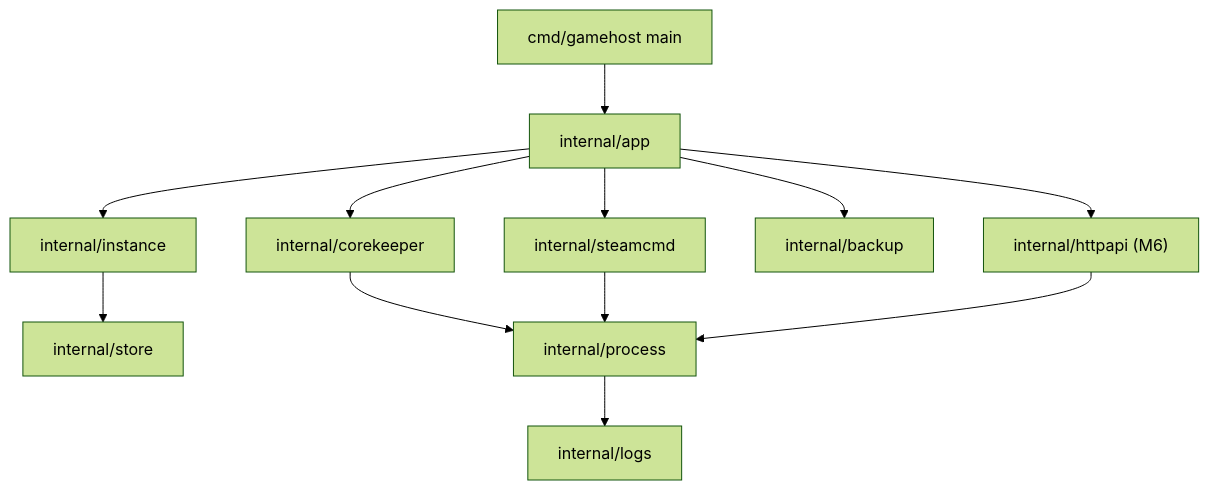
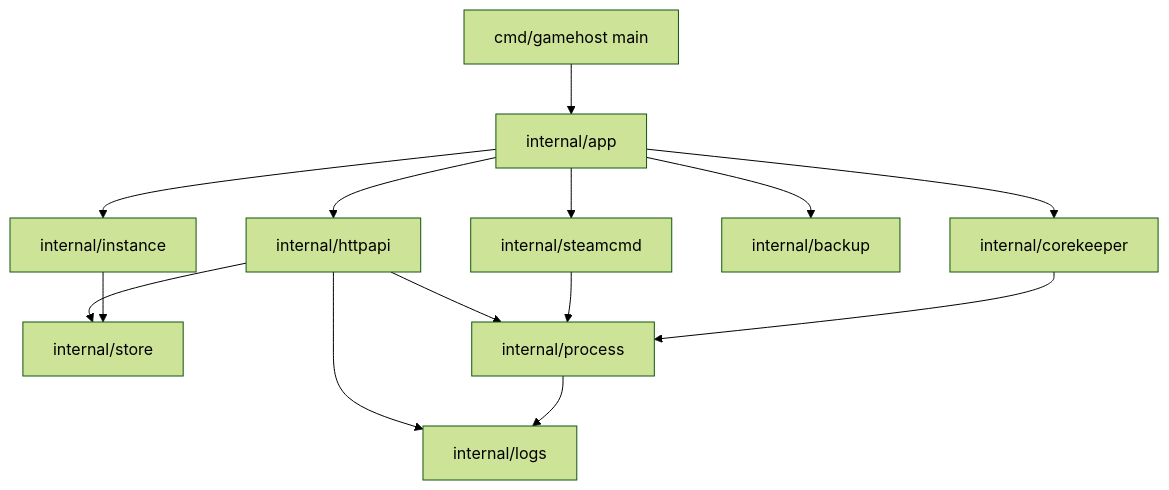
The first of 2 diagrams in docs/design.md (SyberFoxx/gamehost), drawn with Mermaid (forest theme) before and after one commit. The commit also changed other lines of this file and 12 other files, not shown here.

````diff
--- a/docs/design.md
+++ b/docs/design.md
@@ -87,14 +87,16 @@
 ```mermaid
 graph TD
     A["cmd/gamehost main"] --> B["internal/app"]
     B --> C["internal/instance"]
     B --> D["internal/corekeeper"]
     B --> E["internal/steamcmd"]
     B --> F["internal/backup"]
-    B --> G["internal/httpapi (M6)"]
+    B --> G["internal/httpapi"]
     C --> H["internal/store"]
     D --> I["internal/process"]
     E --> I
     I --> J["internal/logs"]
+    G --> H
     G --> I
+    G --> J
 ```
````
